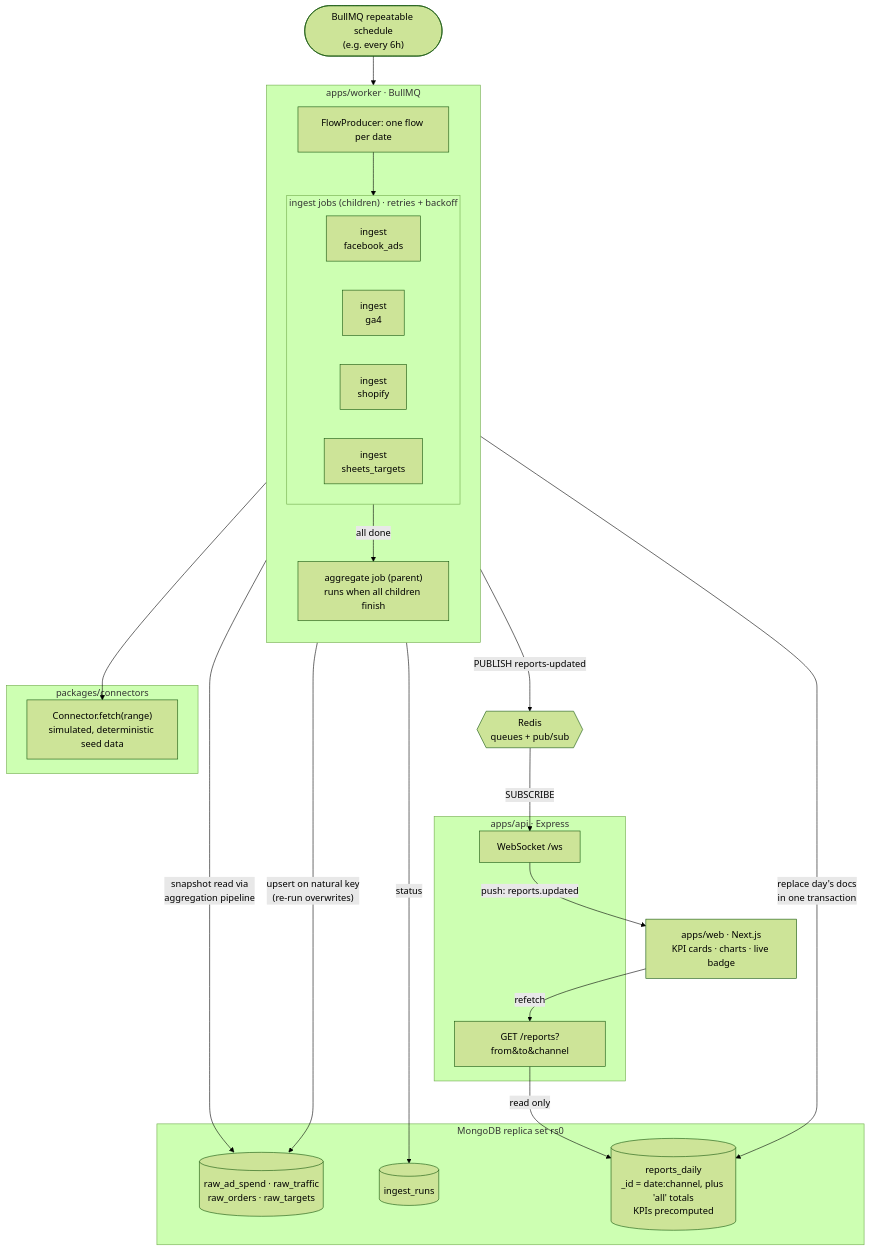
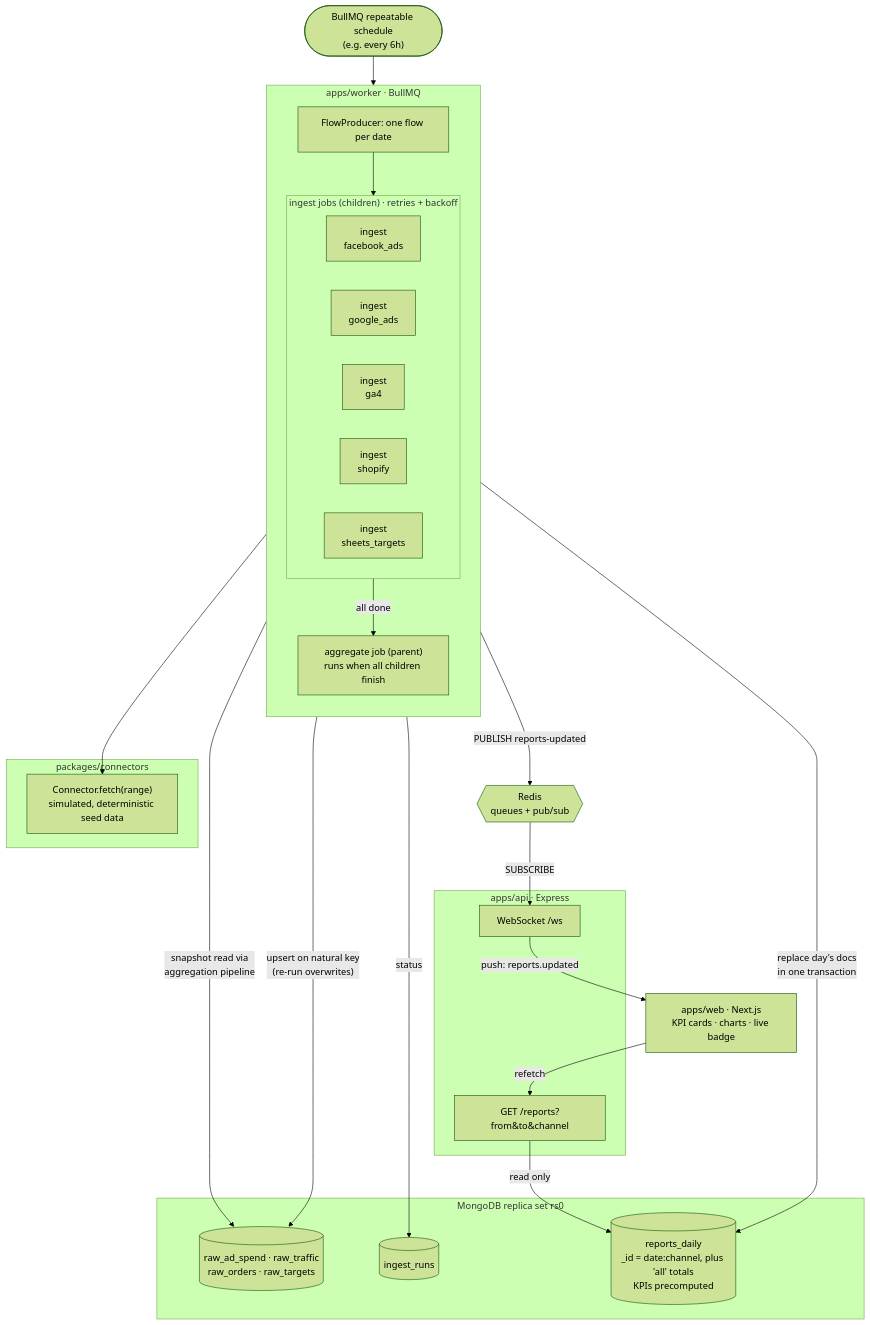
The diagram in README.md (ThanhcongMssl/pulseboard), drawn with Mermaid (forest theme) before and after one commit. The commit also changed other lines of this file and 1 other file, not shown here.

````diff
--- a/README.md
+++ b/README.md
@@ -11,50 +11,51 @@
 ```mermaid
 flowchart TB
     sched(["BullMQ repeatable schedule<br/>(e.g. every 6h)"])
 
     subgraph worker["apps/worker · BullMQ"]
         direction TB
         flow["FlowProducer: one flow per date"]
         subgraph children["ingest jobs (children) · retries + backoff"]
             direction LR
             fb["ingest<br/>facebook_ads"]
+            gads["ingest<br/>google_ads"]
             ga["ingest<br/>ga4"]
             sh["ingest<br/>shopify"]
             gs["ingest<br/>sheets_targets"]
         end
         agg["aggregate job (parent)<br/>runs when all children finish"]
         flow --> children
         children -- "all done" --> agg
     end
 
     subgraph connectors["packages/connectors"]
         conn["Connector.fetch(range)<br/>simulated, deterministic seed data"]
     end
 
     subgraph mongo["MongoDB replica set rs0"]
         raw[("raw_ad_spend · raw_traffic<br/>raw_orders · raw_targets")]
         runs[("ingest_runs")]
         reports[("reports_daily<br/>_id = date:channel, plus 'all' totals<br/>KPIs precomputed")]
     end
 
     redis{{"Redis<br/>queues + pub/sub"}}
 
     subgraph api["apps/api · Express"]
         rest["GET /reports?from&to&channel"]
         ws["WebSocket /ws"]
     end
 
     web["apps/web · Next.js<br/>KPI cards · charts · live badge"]
 
     sched --> flow
     children --> conn
     children -- "upsert on natural key<br/>(re-run overwrites)" --> raw
     children -- "status" --> runs
     agg -- "snapshot read via<br/>aggregation pipeline" --> raw
     agg -- "replace day's docs<br/>in one transaction" --> reports
     agg -- "PUBLISH reports-updated" --> redis
     redis -- "SUBSCRIBE" --> ws
     rest -- "read only" --> reports
     ws -- "push: reports.updated" --> web
     web -- "refetch" --> rest
 ```
````
